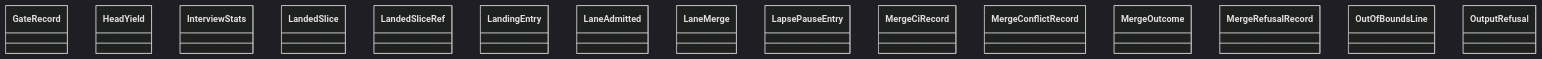
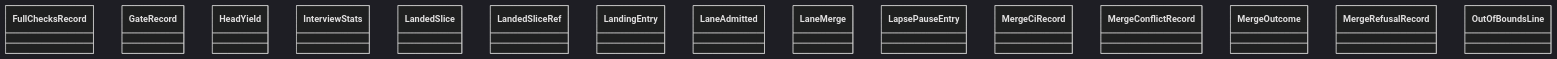
One commit to GonzaloZevallos/agentic-system changed the diagram in docs/architecture/generated/classes-process-domain-state-7.md. Above: the diagram before and after it, drawn with Mermaid (dark theme). The commit also changed other lines of this file and 11 other files, not shown here.

````diff
--- a/docs/architecture/generated/classes-process-domain-state-7.md
+++ b/docs/architecture/generated/classes-process-domain-state-7.md
@@ -32,18 +32,18 @@
 ```mermaid
 classDiagram
+    class task__FullChecksRecord["FullChecksRecord"]
     class task__GateRecord["GateRecord"]
     class task__HeadYield["HeadYield"]
     class task__InterviewStats["InterviewStats"]
     class task__LandedSlice["LandedSlice"]
     class task__LandedSliceRef["LandedSliceRef"]
     class task__LandingEntry["LandingEntry"]
     class task__LaneAdmitted["LaneAdmitted"]
     class task__LaneMerge["LaneMerge"]
     class task__LapsePauseEntry["LapsePauseEntry"]
     class task__MergeCiRecord["MergeCiRecord"]
     class task__MergeConflictRecord["MergeConflictRecord"]
     class task__MergeOutcome["MergeOutcome"]
     class task__MergeRefusalRecord["MergeRefusalRecord"]
     class task__OutOfBoundsLine["OutOfBoundsLine"]
-    class task__OutputRefusal["OutputRefusal"]
 ```
````
